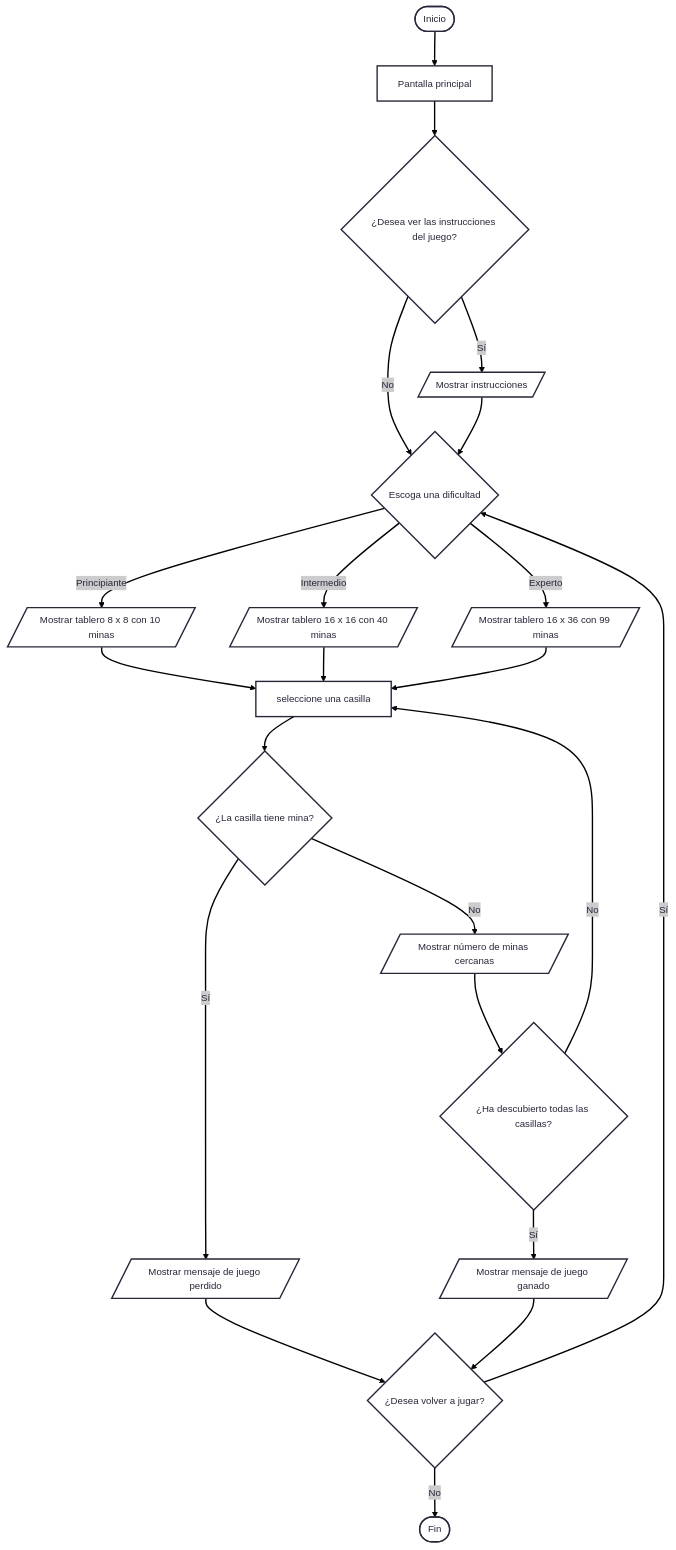
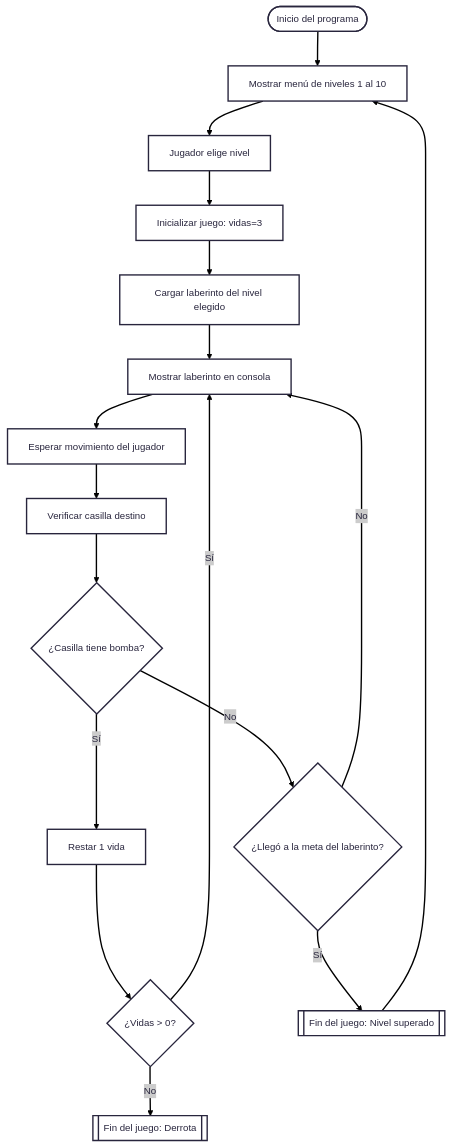
Before and after one commit to Ciyuang/Proyecto-Laberinto.: the diagram in README.md, drawn with Mermaid.

````diff
--- a/README.md
+++ b/README.md
@@ -61,29 +61,24 @@
 ``` mermaid
 ---
 config:
   theme: redux
 ---
 
 flowchart TD
-    A(["Inicio"]) --> B[Pantalla principal]
-    B --> C{"¿Desea ver las instrucciones del juego?"}
-    C -- Sí --> D[/Mostrar instrucciones/]
-    C -- No --> F
-    D --> F{"Escoga una dificultad"}
-    F -- Principiante --> G[/Mostrar tablero 8 x 8 con 10 minas/]
-    F -- Intermedio --> H[/Mostrar tablero 16 x 16 con 40 minas/]
-    F -- Experto --> I[/Mostrar tablero 16 x 36 con 99 minas/]
-    G --> J[seleccione una casilla]
-    H --> J
-    I --> J
-    J --> K{"¿La casilla tiene mina?"}
-    K -- Sí --> L[/Mostrar mensaje de juego perdido/]
-    L --> Q
-    K -- No --> M[/Mostrar número de minas cercanas/]
-    M --> N{"¿Ha descubierto todas las casillas?"}
-    N -- No -->J
-    N -- Sí --> O[/Mostrar mensaje de juego ganado/]
-    O --> Q{"¿Desea volver a jugar?"}
-    Q -- Sí -->F
-    Q -- No --> P(["Fin"])
+    Start(["Inicio del programa"]) --> ShowMenu["Mostrar menú de niveles 1 al 10"]
+    ShowMenu --> ChooseLevel["Jugador elige nivel"]
+    ChooseLevel --> Init["Inicializar juego: vidas=3"]
+    Init --> LoadMaze["Cargar laberinto del nivel elegido"]
+    LoadMaze --> ShowMaze["Mostrar laberinto en consola"]
+    ShowMaze --> PlayerMove["Esperar movimiento del jugador"]
+    PlayerMove --> CheckMove["Verificar casilla destino"]
+    CheckMove --> Bomb{"¿Casilla tiene bomba?"}
+    Bomb -- Sí --> LoseLife["Restar 1 vida"]
+    LoseLife --> CheckLives{"¿Vidas > 0?"}
+    CheckLives -- No --> GameOver[["Fin del juego: Derrota"]]
+    CheckLives -- Sí --> ShowMaze
+    Bomb -- No --> WinLevel{"¿Llegó a la meta del laberinto?"}
+    WinLevel -- No --> ShowMaze
+    WinLevel -- Sí --> EndLevel[["Fin del juego: Nivel superado"]]
+    EndLevel --> ShowMenu
 ```
````
